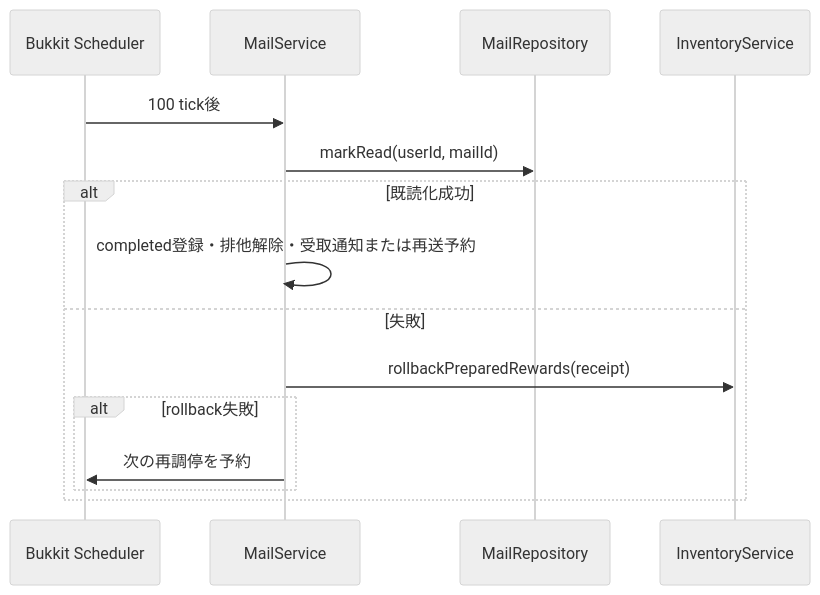
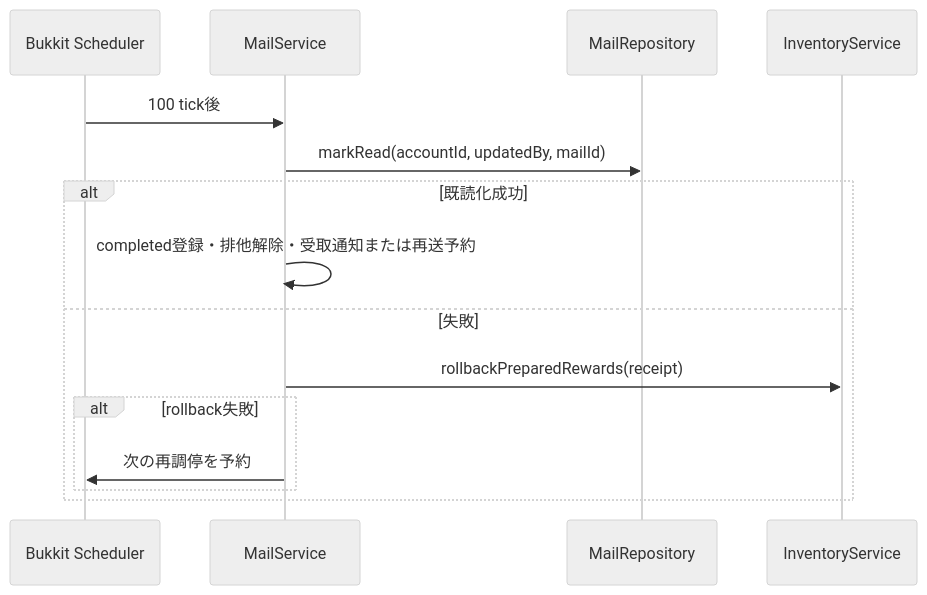
Before and after one commit to maaasu/AstralRecord-Workspace: the third of 4 diagrams in 00_docs/10_Plugin設計書/feature/18-mail/18_4-統合フロー.md, drawn with Mermaid (neutral theme). The commit also changed other lines of this file and 92 other files, not shown here.

````diff
--- a/00_docs/10_Plugin設計書/feature/18-mail/18_4-統合フロー.md
+++ b/00_docs/10_Plugin設計書/feature/18-mail/18_4-統合フロー.md
@@ -76,17 +76,17 @@
 ```mermaid
 sequenceDiagram
     participant Scheduler as Bukkit Scheduler
     participant Service as MailService
     participant Repo as MailRepository
     participant Inventory as InventoryService
     Scheduler->>Service: 100 tick後
-    Service->>Repo: markRead(userId, mailId)
+    Service->>Repo: markRead(accountId, updatedBy, mailId)
     alt 既読化成功
         Service->>Service: completed登録・排他解除・受取通知または再送予約
     else 失敗
         Service->>Inventory: rollbackPreparedRewards(receipt)
         alt rollback失敗
             Service->>Scheduler: 次の再調停を予約
         end
     end
 ```
````
